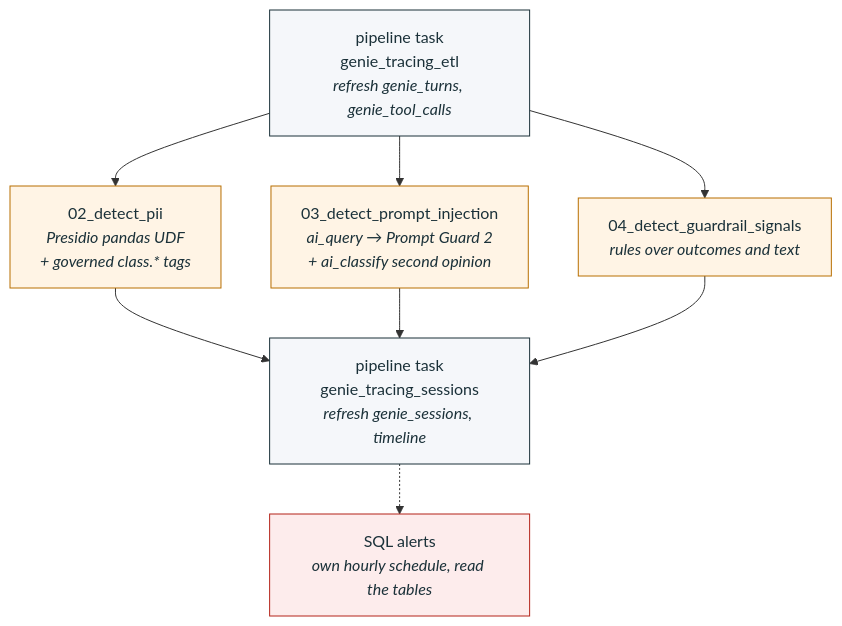
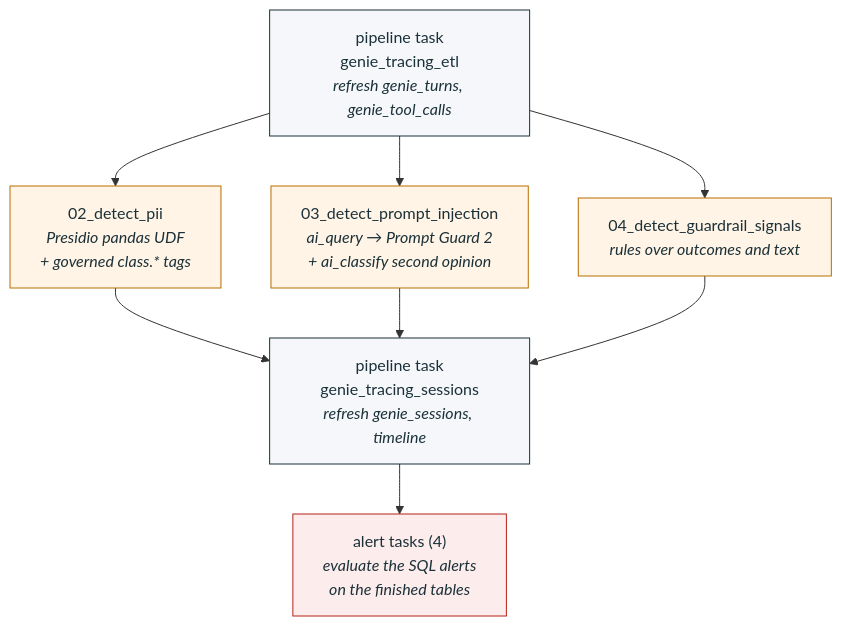
One commit to andyweaves/genie-trace-monitoring changed the first of 2 diagrams in README.md. Above: the diagram before and after it, drawn with Mermaid. The commit also changed other lines of this file and 4 other files, not shown here.

````diff
--- a/README.md
+++ b/README.md
@@ -54,24 +54,24 @@
 ```mermaid
 flowchart TD
     etl["pipeline task<br/>genie_tracing_etl<br/><i>refresh genie_turns, genie_tool_calls</i>"]
     pii["02_detect_pii<br/><i>Presidio pandas UDF<br/>+ governed class.* tags</i>"]
     inj["03_detect_prompt_injection<br/><i>ai_query → Prompt Guard 2<br/>+ ai_classify second opinion</i>"]
     gr["04_detect_guardrail_signals<br/><i>rules over outcomes and text</i>"]
     sess["pipeline task<br/>genie_tracing_sessions<br/><i>refresh genie_sessions, timeline</i>"]
-    al["SQL alerts<br/><i>own hourly schedule, read the tables</i>"]
+    al["alert tasks (4)<br/><i>evaluate the SQL alerts<br/>on the finished tables</i>"]
 
     etl --> pii
     etl --> inj
     etl --> gr
     pii --> sess
     inj --> sess
     gr --> sess
-    sess -.-> al
+    sess --> al
 
     classDef pipe fill:#f5f7fa,stroke:#1b3139,color:#1b3139
     classDef nb fill:#fff4e5,stroke:#b86e00,color:#1b3139
     classDef alert fill:#fdecec,stroke:#b42318,color:#1b3139
     class etl,sess pipe
     class pii,inj,gr nb
     class al alert
 ```
````
